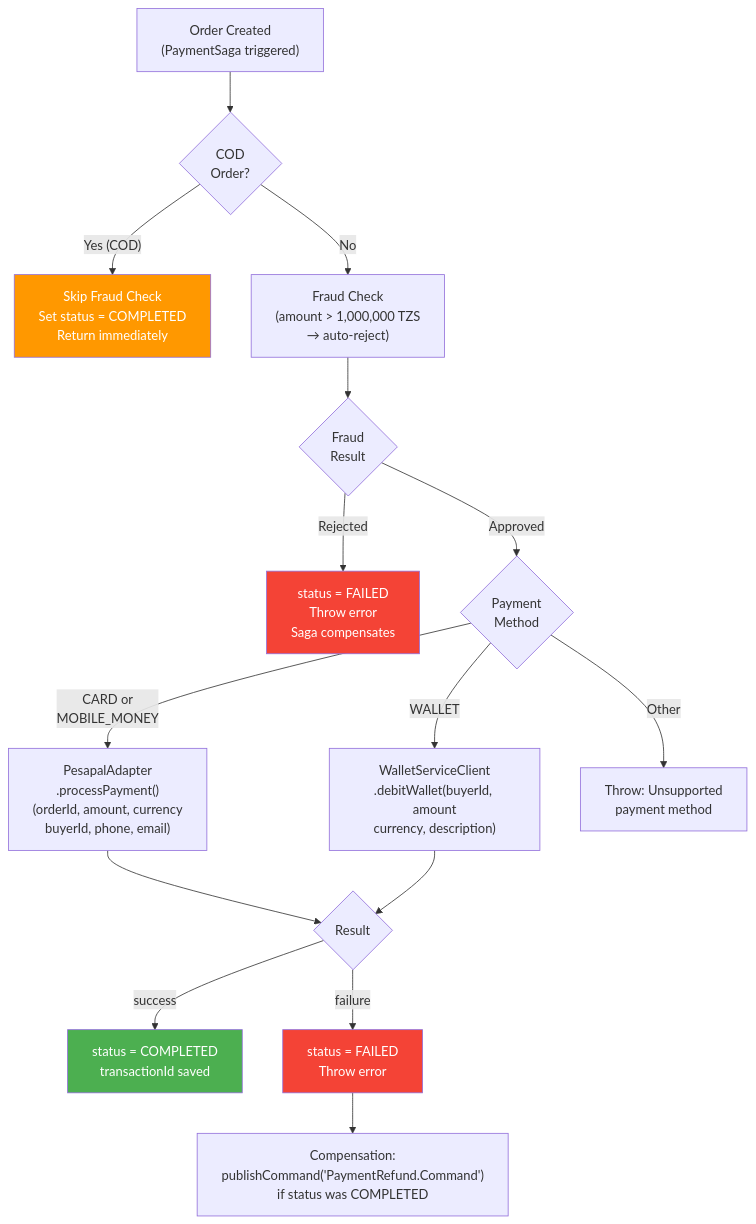
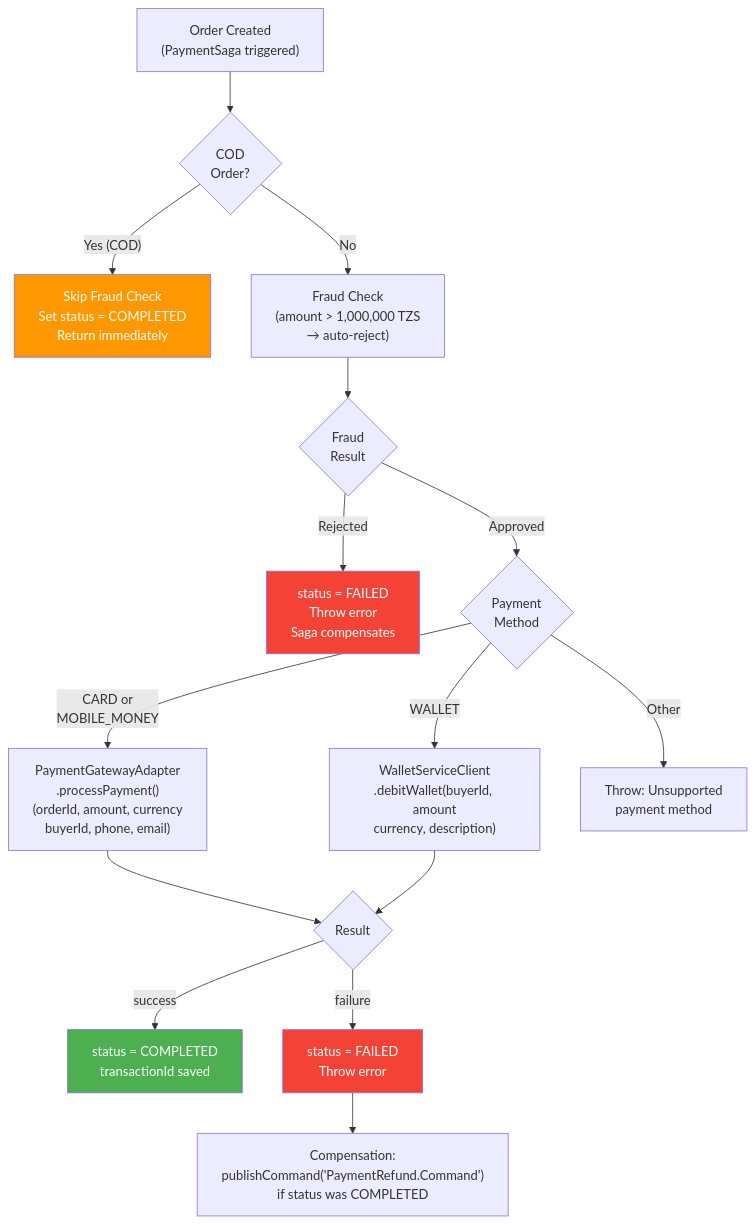
One commit to maysar-014/maysar-express-backend changed the second of 7 diagrams in docs/payments/revenue-flow-diagrams.md. Above: the diagram before and after it, drawn with Mermaid. The commit also changed other lines of this file and 158 other files, not shown here.

````diff
--- a/docs/payments/revenue-flow-diagrams.md
+++ b/docs/payments/revenue-flow-diagrams.md
@@ -43,28 +43,28 @@
 ```mermaid
 flowchart TD
     ORDER_CREATED["Order Created\n(PaymentSaga triggered)"] --> FRAUD_CHECK{COD\nOrder?}
 
     FRAUD_CHECK -->|"Yes (COD)"| COD_SKIP["Skip Fraud Check\nSet status = COMPLETED\nReturn immediately"]
     FRAUD_CHECK -->|"No"| FRAUD["Fraud Check\n(amount > 1,000,000 TZS\n→ auto-reject)"]
 
     FRAUD --> FRAUD_RESULT{Fraud\nResult}
     FRAUD_RESULT -->|"Rejected"| FRAUD_FAIL["status = FAILED\nThrow error\nSaga compensates"]
     FRAUD_RESULT -->|"Approved"| METHOD{Payment\nMethod}
 
-    METHOD -->|"CARD or\nMOBILE_MONEY"| PESAPAL["PesapalAdapter\n.processPayment()\n(orderId, amount, currency\nbuyerId, phone, email)"]
+    METHOD -->|"CARD or\nMOBILE_MONEY"| PAYMENT_GATEWAY["PaymentGatewayAdapter\n.processPayment()\n(orderId, amount, currency\nbuyerId, phone, email)"]
     METHOD -->|"WALLET"| WALLET_DEBIT["WalletServiceClient\n.debitWallet(buyerId, amount\ncurrency, description)"]
     METHOD -->|"Other"| UNSUPPORTED["Throw: Unsupported\npayment method"]
 
-    PESAPAL --> PAY_RESULT{Result}
+    PAYMENT_GATEWAY --> PAY_RESULT{Result}
     WALLET_DEBIT --> PAY_RESULT
 
     PAY_RESULT -->|"success"| COMPLETE["status = COMPLETED\ntransactionId saved"]
     PAY_RESULT -->|"failure"| FAIL["status = FAILED\nThrow error"]
 
     FAIL --> COMPENSATE["Compensation:\npublishCommand('PaymentRefund.Command')\nif status was COMPLETED"]
 
     style COD_SKIP fill:#FF9800,color:#fff
     style COMPLETE fill:#4CAF50,color:#fff
     style FRAUD_FAIL fill:#F44336,color:#fff
     style FAIL fill:#F44336,color:#fff
 ```
````
